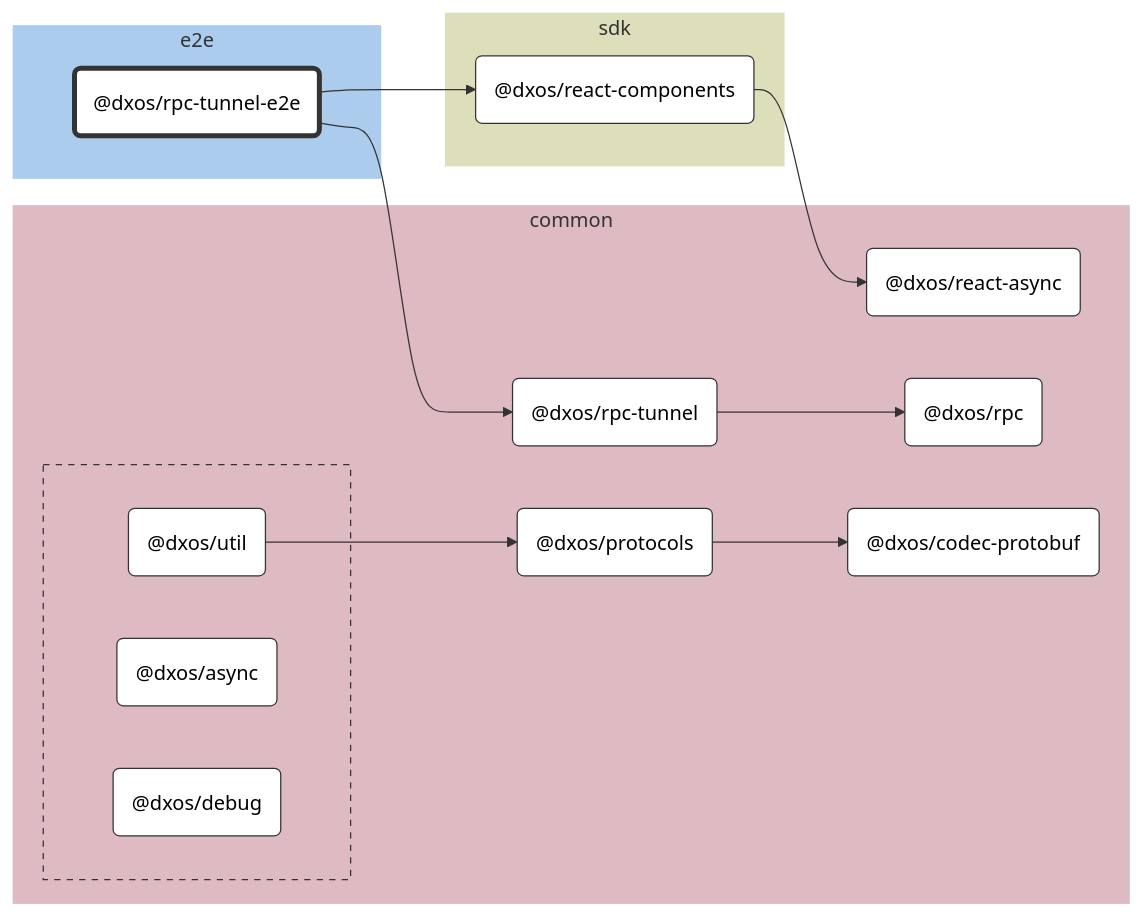
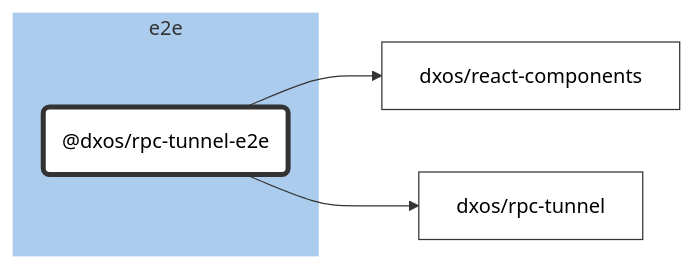
Before and after one commit to dxos/dxos: the diagram in e2e/rpc-tunnel/docs/README.md, drawn with Mermaid (neutral theme). The commit also changed 84 other files, not shown here.

````diff
--- a/e2e/rpc-tunnel/docs/README.md
+++ b/e2e/rpc-tunnel/docs/README.md
@@ -7,73 +7,22 @@
 ```mermaid
 %%{ init: {'flowchart':{'curve':'basis'}} }%%
 
 flowchart LR
 
-%% Links
-dxos/protocols --> dxos/codec-protobuf;
-dxos/react-components --> dxos/react-async;
-dxos/rpc-tunnel --> dxos/rpc;
-dxos/rpc-tunnel-e2e --> dxos/react-components;
-dxos/rpc-tunnel-e2e --> dxos/rpc-tunnel;
-dxos/util --> dxos/protocols;
+%% Classes
+classDef default fill:#fff,stroke:#333,stroke-width:1px
+classDef root fill:#fff,stroke:#333,stroke-width:4px
 
-%% Sections
-subgraph e2e
-  style e2e fill:#abcced,stroke:#fff;
+%% Nodes
 
-  dxos/rpc-tunnel-e2e("@dxos/rpc-tunnel-e2e")
+subgraph e2e [e2e]
+  style e2e fill:#abcced,stroke:#fff
+  dxos/rpc-tunnel-e2e("@dxos/rpc-tunnel-e2e"):::root
+  click dxos/rpc-tunnel-e2e "dxos/dxos/tree/main/e2e/rpc-tunnel/docs"
 end
 
-subgraph common
-  style common fill:#debac2,stroke:#fff;
-
-  dxos/codec-protobuf("@dxos/codec-protobuf")
-  dxos/protocols("@dxos/protocols")
-  dxos/react-async("@dxos/react-async")
-  dxos/rpc("@dxos/rpc")
-  dxos/rpc-tunnel("@dxos/rpc-tunnel")
-
-  subgraph common-excluded [ ]
-    style common-excluded fill:#debac2,stroke:#333,stroke-dasharray:5 5;
-
-    dxos/async("@dxos/async")
-    dxos/debug("@dxos/debug")
-    dxos/util("@dxos/util")
-  end
-end
-
-subgraph sdk
-  style sdk fill:#dddeba,stroke:#fff;
-
-  dxos/react-components("@dxos/react-components")
-end
-
-
-%% Hyperlinks
-click dxos/async "dxos/dxos/tree/main/packages/common/async/docs";
-click dxos/codec-protobuf "dxos/dxos/tree/main/packages/common/codec-protobuf/docs";
-click dxos/debug "dxos/dxos/tree/main/packages/common/debug/docs";
-click dxos/protocols "dxos/dxos/tree/main/packages/common/protocols/docs";
-click dxos/react-async "dxos/dxos/tree/main/packages/common/react-async/docs";
-click dxos/react-components "dxos/dxos/tree/main/packages/sdk/react-components/docs";
-click dxos/rpc "dxos/dxos/tree/main/packages/common/rpc/docs";
-click dxos/rpc-tunnel "dxos/dxos/tree/main/packages/common/rpc-tunnel/docs";
-click dxos/util "dxos/dxos/tree/main/packages/common/util/docs";
-
-%% Styles
-classDef rootNode fill:#fff,stroke:#333,stroke-width:4px
-classDef defaultNode fill:#fff,stroke:#333,stroke-width:1px
+%% Links
 linkStyle default stroke:#333,stroke-width:1px
-
-dxos/rpc-tunnel-e2e:::rootNode
-
-dxos/async:::defaultNode
-dxos/codec-protobuf:::defaultNode
-dxos/debug:::defaultNode
-dxos/protocols:::defaultNode
-dxos/react-async:::defaultNode
-dxos/react-components:::defaultNode
-dxos/rpc:::defaultNode
-dxos/rpc-tunnel:::defaultNode
-dxos/util:::defaultNode
+dxos/rpc-tunnel-e2e --> dxos/react-components
+dxos/rpc-tunnel-e2e --> dxos/rpc-tunnel
 ```
````
